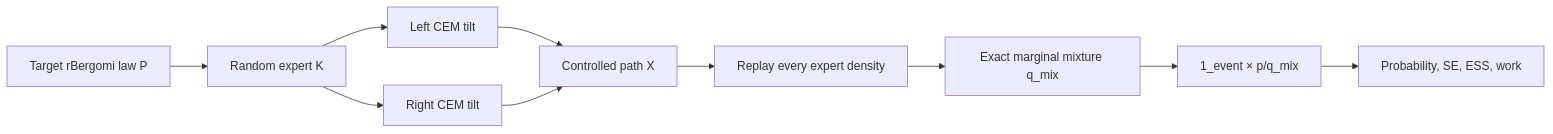
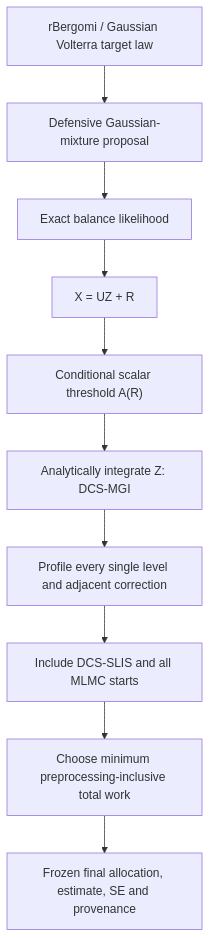
One commit to YoungJun0814/Neural_Path_Intergral changed the diagram in docs/CURRENT_MODEL_AND_IMPLEMENTATION_GUIDE_KO.md. Above: the diagram before and after it, drawn with Mermaid. The commit also changed other lines of this file and 6 other files, not shown here.

````diff
--- a/docs/CURRENT_MODEL_AND_IMPLEMENTATION_GUIDE_KO.md
+++ b/docs/CURRENT_MODEL_AND_IMPLEMENTATION_GUIDE_KO.md
@@ -30,12 +81,12 @@
 ```mermaid
-flowchart LR
-    P["Target rBergomi law P"] --> K["Random expert K"]
-    K --> L["Left CEM tilt"]
-    K --> R["Right CEM tilt"]
-    L --> X["Controlled path X"]
-    R --> X
-    X --> D["Replay every expert density"]
-    D --> M["Exact marginal mixture q_mix"]
-    M --> Y["1_event × p/q_mix"]
-    Y --> E["Probability, SE, ESS, work"]
+flowchart TD
+    A["rBergomi / Gaussian Volterra target law"] --> B["Defensive Gaussian-mixture proposal"]
+    B --> C["Exact balance likelihood"]
+    C --> D["X = UZ + R"]
+    D --> E["Conditional scalar threshold A(R)"]
+    E --> F["Analytically integrate Z: DCS-MGI"]
+    F --> G["Profile every single level and adjacent correction"]
+    G --> H["Include DCS-SLIS and all MLMC starts"]
+    H --> I["Choose minimum preprocessing-inclusive total work"]
+    I --> J["Frozen final allocation, estimate, SE and provenance"]
 ```
````
